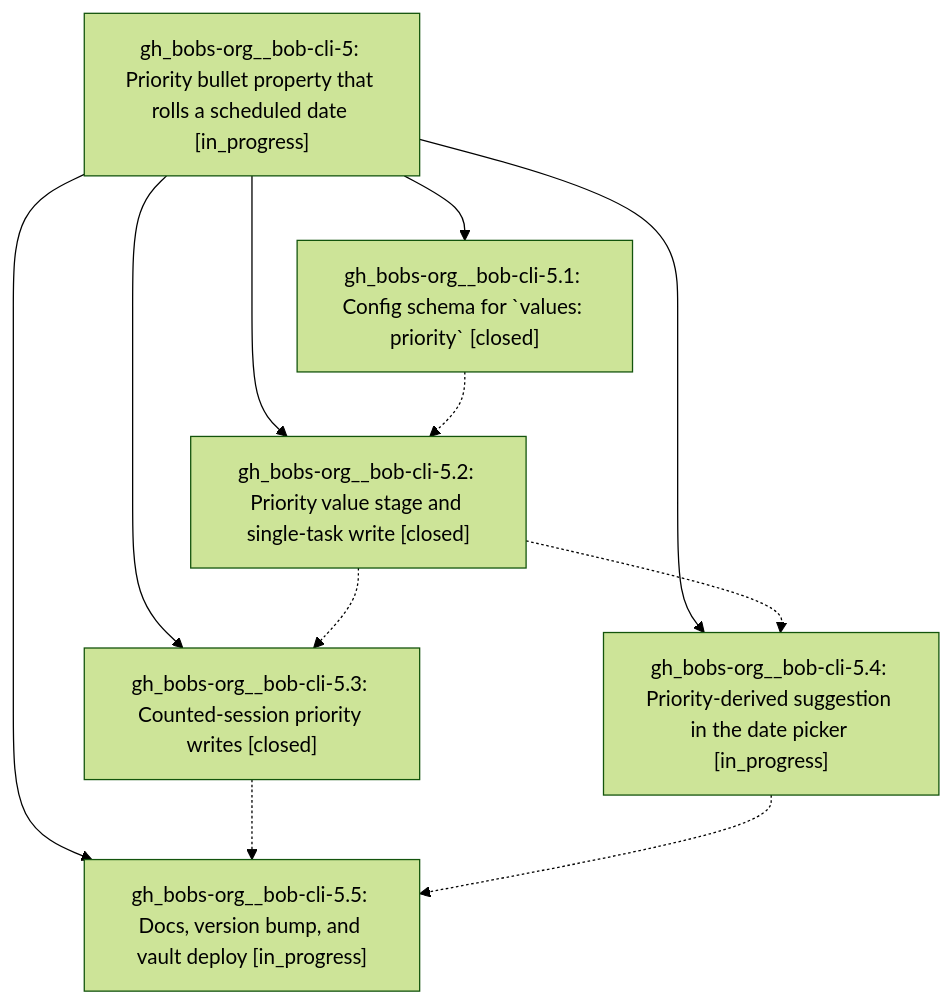
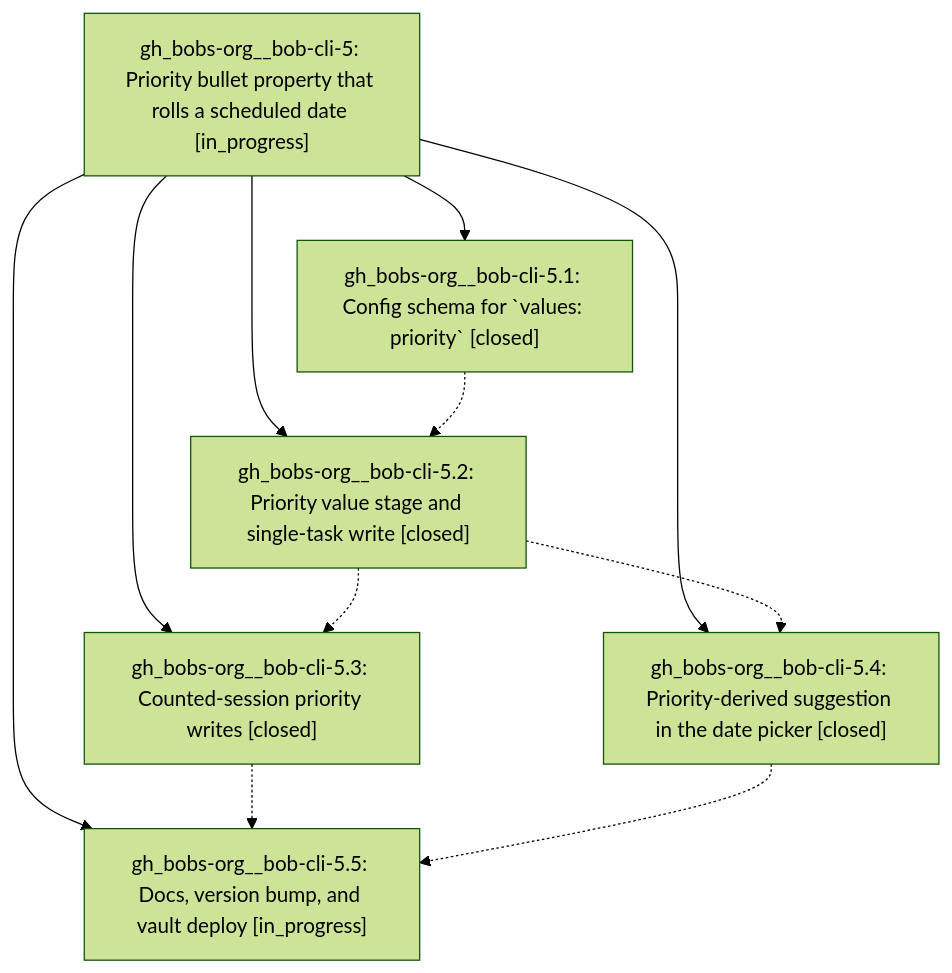
The diagram in pages/gh_bobs-org__bob-cli-5/README.md (bobs-org/bob-cli--beads), drawn with Mermaid (forest theme) before and after one commit. The commit also changed other lines of this file and 3 other files, not shown here.

First line of the commit message:
chore(beads): sync bead state and pages for gh_bobs-org__bob-cli-5

````diff
--- a/pages/gh_bobs-org__bob-cli-5/README.md
+++ b/pages/gh_bobs-org__bob-cli-5/README.md
@@ -26,19 +26,19 @@
 ```mermaid
 flowchart TD
     n0["gh_bobs-org__bob-cli-5: Priority bullet property that rolls a scheduled date [in_progress]"]
     n1["gh_bobs-org__bob-cli-5.1: Config schema for `values: priority` [closed]"]
     n2["gh_bobs-org__bob-cli-5.2: Priority value stage and single-task write [closed]"]
     n3["gh_bobs-org__bob-cli-5.3: Counted-session priority writes [closed]"]
-    n4["gh_bobs-org__bob-cli-5.4: Priority-derived suggestion in the date picker [in_progress]"]
+    n4["gh_bobs-org__bob-cli-5.4: Priority-derived suggestion in the date picker [closed]"]
     n5["gh_bobs-org__bob-cli-5.5: Docs, version bump, and vault deploy [in_progress]"]
     n0 --> n1
     n0 --> n2
     n0 --> n3
     n0 --> n4
     n0 --> n5
     n1 -.-> n2
     n2 -.-> n3
     n2 -.-> n4
     n3 -.-> n5
     n4 -.-> n5
 ```
````
